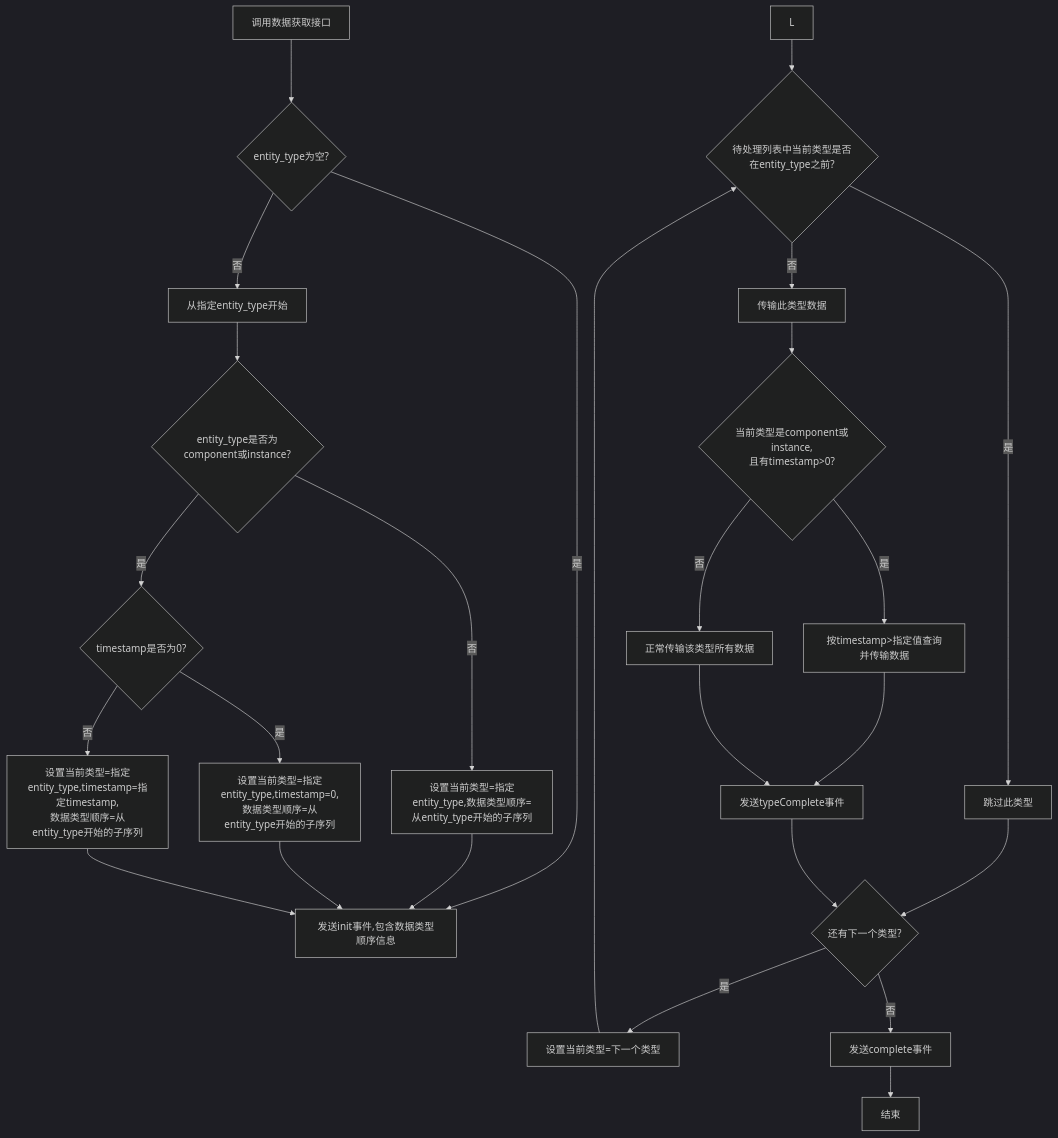
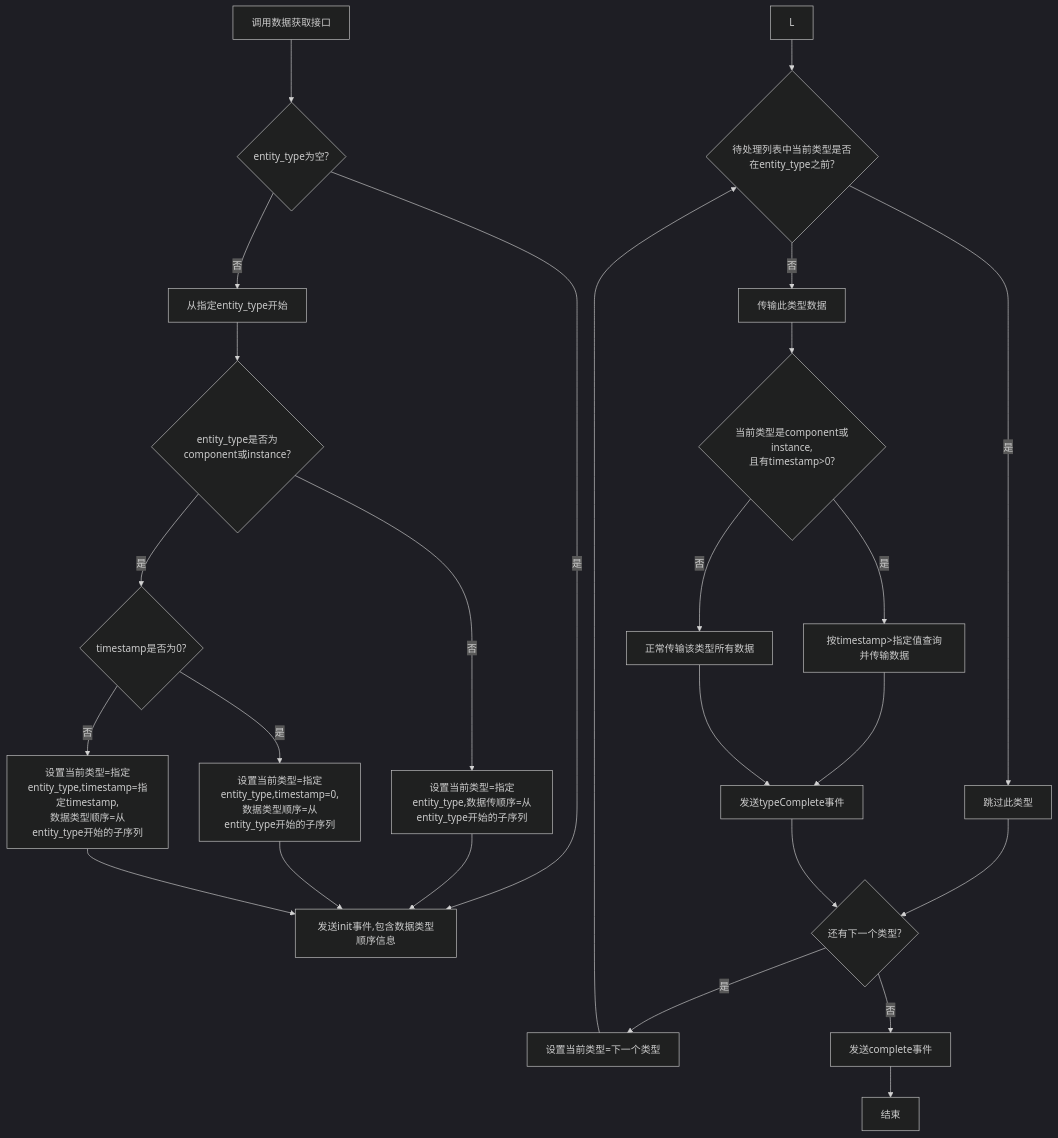
Before and after one commit to yingjianzh/iodraw-files: the diagram in all/未命名-59.md, drawn with Mermaid (dark theme).

Commit message:
2025-05-14 15:40:58 update

````diff
--- a/all/未命名-59.md
+++ b/all/未命名-59.md
@@ -1,38 +1,38 @@
 ```mermaid
 flowchart TD
     A[调用数据获取接口] --> B{entity_type为空?}
 
     B -->|是| K[发送init事件,包含数据类型顺序信息]
     B -->|否| D[从指定entity_type开始]
     
     D --> F{entity_type是否为component或instance?}
     
-    F -->|否| G[设置当前类型=指定entity_type,数据类型顺序=从entity_type开始的子序列]
+    F -->|否| G[设置当前类型=指定entity_type,数据传顺序=从entity_type开始的子序列]
     F -->|是| H{timestamp是否为0?}
     
-    H -->|是| I[设置当前类型=指定entity_type,timestamp=0,\n数据类型顺序=从entity_type开始的子序列]
+    H -->|是| I[设置当前类型=指定entity_type,timestamp=0,数据类型顺序=从entity_type开始的子序列]
     H -->|否| J[设置当前类型=指定entity_type,timestamp=指定timestamp,\n数据类型顺序=从entity_type开始的子序列]
     
     G --> K
     I --> K
     J --> K
     
     L --> M{待处理列表中当前类型是否在entity_type之前?}
     M -->|是| N[跳过此类型]
     M -->|否| O[传输此类型数据]
     
     O --> P{当前类型是component或instance,\n且有timestamp>0?}
     P -->|是| Q[按timestamp>指定值查询并传输数据]
     P -->|否| R[正常传输该类型所有数据]
     
     Q --> S[发送typeComplete事件]
     R --> S
     N --> T{还有下一个类型?}
     S --> T
     
     T -->|是| U[设置当前类型=下一个类型]
     T -->|否| V[发送complete事件]
     
     U --> M
     V --> W[结束]
 ```
````
